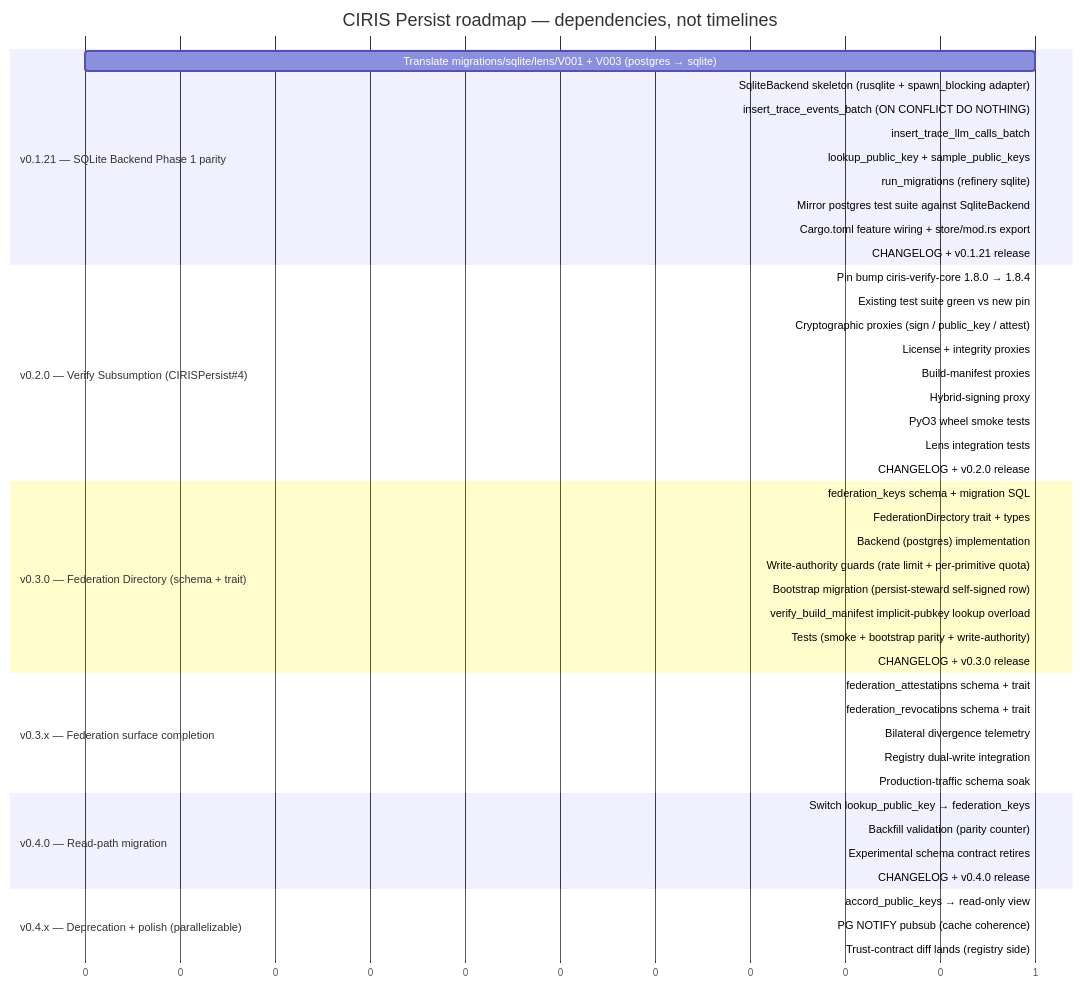
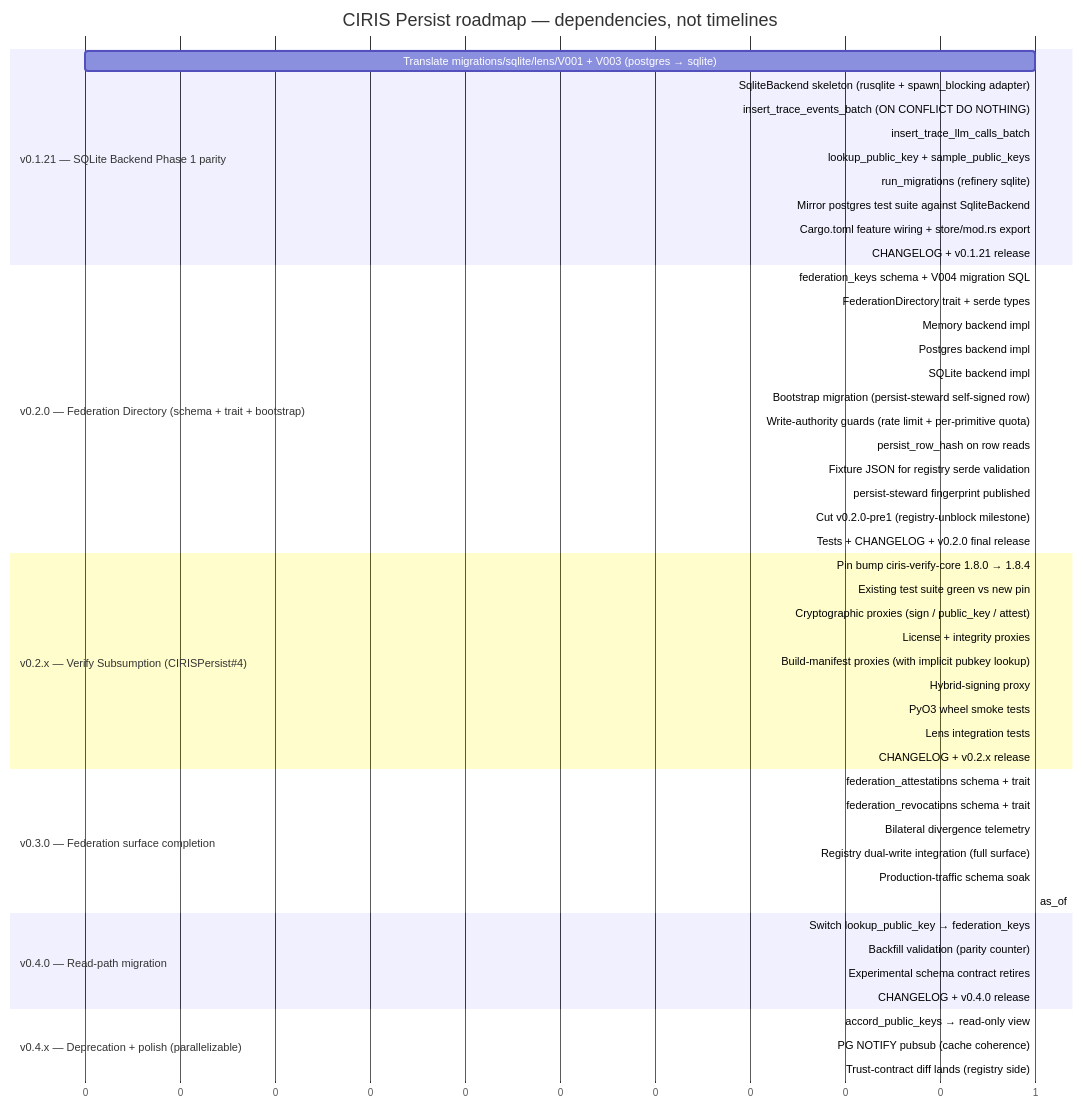
The diagram in docs/ROADMAP.md (CIRISAI/CIRISPersist), drawn with Mermaid before and after one commit. The commit also changed other lines of this file and 2 other files, not shown here.

````diff
--- a/docs/ROADMAP.md
+++ b/docs/ROADMAP.md
@@ -17,56 +17,61 @@
 ```mermaid
 gantt
     title CIRIS Persist roadmap — dependencies, not timelines
     dateFormat X
     axisFormat %s
 
     section v0.1.21 — SQLite Backend Phase 1 parity
     Translate migrations/sqlite/lens/V001 + V003 (postgres → sqlite)  :v121a, 0, 1
     SqliteBackend skeleton (rusqlite + spawn_blocking adapter)        :v121b, after v121a, 1
     insert_trace_events_batch (ON CONFLICT DO NOTHING)                :v121c1, after v121b, 1
     insert_trace_llm_calls_batch                                      :v121c2, after v121b, 1
     lookup_public_key + sample_public_keys                            :v121c3, after v121b, 1
     run_migrations (refinery sqlite)                                  :v121c4, after v121b, 1
     Mirror postgres test suite against SqliteBackend                  :v121d, after v121c1 v121c2 v121c3 v121c4, 1
     Cargo.toml feature wiring + store/mod.rs export                   :v121e, after v121d, 1
     CHANGELOG + v0.1.21 release                                       :v121f, after v121e, 1
 
-    section v0.2.0 — Verify Subsumption (CIRISPersist#4)
-    Pin bump ciris-verify-core 1.8.0 → 1.8.4              :v20a, after v121f, 1
-    Existing test suite green vs new pin                  :v20b, after v20a, 1
-    Cryptographic proxies (sign / public_key / attest)    :v20c1, after v20b, 1
-    License + integrity proxies                           :v20c2, after v20b, 1
-    Build-manifest proxies                                :v20c3, after v20b, 1
-    Hybrid-signing proxy                                  :v20c4, after v20b, 1
-    PyO3 wheel smoke tests                                :v20d, after v20c1 v20c2 v20c3 v20c4, 1
-    Lens integration tests                                :v20e, after v20d, 1
-    CHANGELOG + v0.2.0 release                            :v20f, after v20e, 1
+    section v0.2.0 — Federation Directory (schema + trait + bootstrap)
+    federation_keys schema + V004 migration SQL           :v20a, after v121f, 1
+    FederationDirectory trait + serde types               :v20b, after v121f, 1
+    Memory backend impl                                   :v20c1, after v20b, 1
+    Postgres backend impl                                 :v20c2, after v20a v20b, 1
+    SQLite backend impl                                   :v20c3, after v20a v20b, 1
+    Bootstrap migration (persist-steward self-signed row) :v20d, after v20c2 v20c3, 1
+    Write-authority guards (rate limit + per-primitive quota) :v20e, after v20c2 v20c3, 1
+    persist_row_hash on row reads                         :v20f, after v20c2 v20c3, 1
+    Fixture JSON for registry serde validation            :v20g, after v20c1, 1
+    persist-steward fingerprint published                 :v20h, after v20d, 1
+    Cut v0.2.0-pre1 (registry-unblock milestone)          :v20i, after v20d v20e v20f v20g v20h, 1
+    Tests + CHANGELOG + v0.2.0 final release              :v20j, after v20i, 1
 
-    section v0.3.0 — Federation Directory (schema + trait)
-    federation_keys schema + migration SQL                :v30a, after v20f, 1
-    FederationDirectory trait + types                     :v30b, after v20f, 1
-    Backend (postgres) implementation                     :v30c, after v30a v30b, 1
-    Write-authority guards (rate limit + per-primitive quota)  :v30d, after v30c, 1
-    Bootstrap migration (persist-steward self-signed row) :v30e, after v30c, 1
-    verify_build_manifest implicit-pubkey lookup overload :v30f, after v30c, 1
-    Tests (smoke + bootstrap parity + write-authority)    :v30g, after v30d v30e v30f, 1
-    CHANGELOG + v0.3.0 release                            :v30h, after v30g, 1
+    section v0.2.x — Verify Subsumption (CIRISPersist#4)
+    Pin bump ciris-verify-core 1.8.0 → 1.8.4              :v2xa, after v20j, 1
+    Existing test suite green vs new pin                  :v2xb, after v2xa, 1
+    Cryptographic proxies (sign / public_key / attest)    :v2xc1, after v2xb, 1
+    License + integrity proxies                           :v2xc2, after v2xb, 1
+    Build-manifest proxies (with implicit pubkey lookup)  :v2xc3, after v2xb, 1
+    Hybrid-signing proxy                                  :v2xc4, after v2xb, 1
+    PyO3 wheel smoke tests                                :v2xd, after v2xc1 v2xc2 v2xc3 v2xc4, 1
+    Lens integration tests                                :v2xe, after v2xd, 1
+    CHANGELOG + v0.2.x release                            :v2xf, after v2xe, 1
 
-    section v0.3.x — Federation surface completion
-    federation_attestations schema + trait                :v3xa, after v30h, 1
-    federation_revocations schema + trait                 :v3xb, after v30h, 1
-    Bilateral divergence telemetry                        :v3xc, after v30h, 1
-    Registry dual-write integration                       :v3xd, after v3xa v3xb v3xc, 1
-    Production-traffic schema soak                        :v3xe, after v3xd, 1
+    section v0.3.0 — Federation surface completion
+    federation_attestations schema + trait                :v30a, after v2xf, 1
+    federation_revocations schema + trait                 :v30b, after v2xf, 1
+    Bilateral divergence telemetry                        :v30c, after v2xf, 1
+    Registry dual-write integration (full surface)        :v30d, after v30a v30b v30c, 1
+    Production-traffic schema soak                        :v30e, after v30d, 1
+    as_of: Option<DateTime> on read methods (Policy B)    :v30f, after v30d, 1
 
     section v0.4.0 — Read-path migration
-    Switch lookup_public_key → federation_keys            :v40a, after v3xe, 1
+    Switch lookup_public_key → federation_keys            :v40a, after v30e, 1
     Backfill validation (parity counter)                  :v40b, after v40a, 1
     Experimental schema contract retires                  :v40c, after v40b, 1
     CHANGELOG + v0.4.0 release                            :v40d, after v40c, 1
 
     section v0.4.x — Deprecation + polish (parallelizable)
     accord_public_keys → read-only view                   :v4xa, after v40d, 1
     PG NOTIFY pubsub (cache coherence)                    :v4xb, after v40d, 1
     Trust-contract diff lands (registry side)             :v4xc, after v40d, 1
 ```
````
